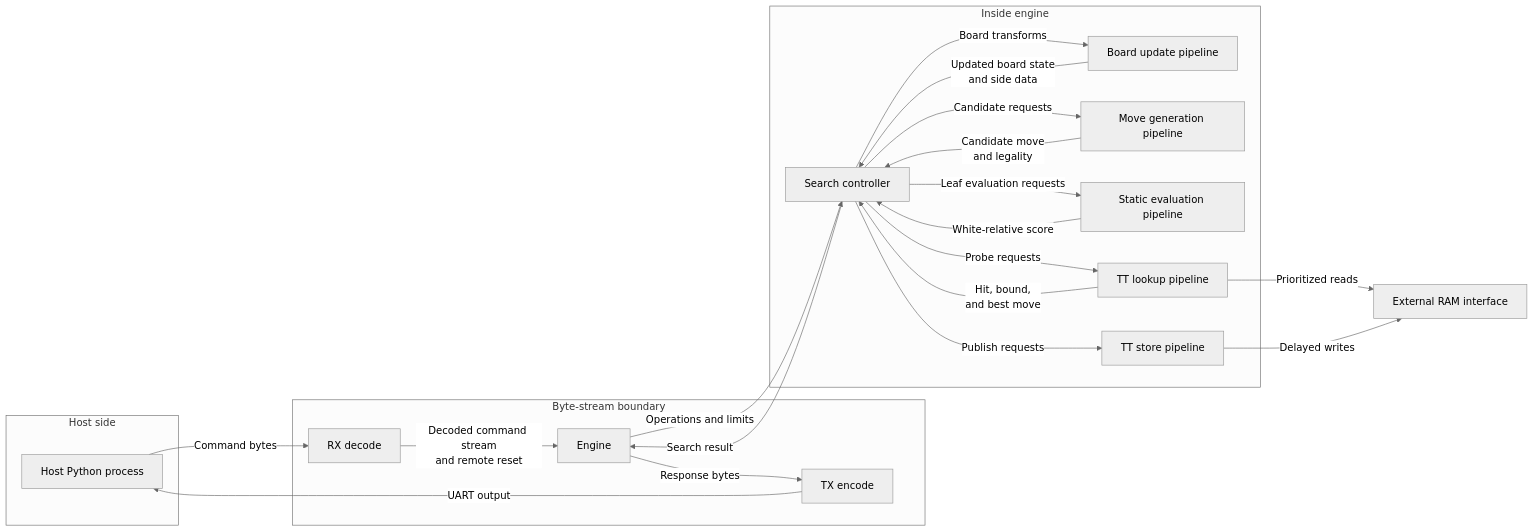
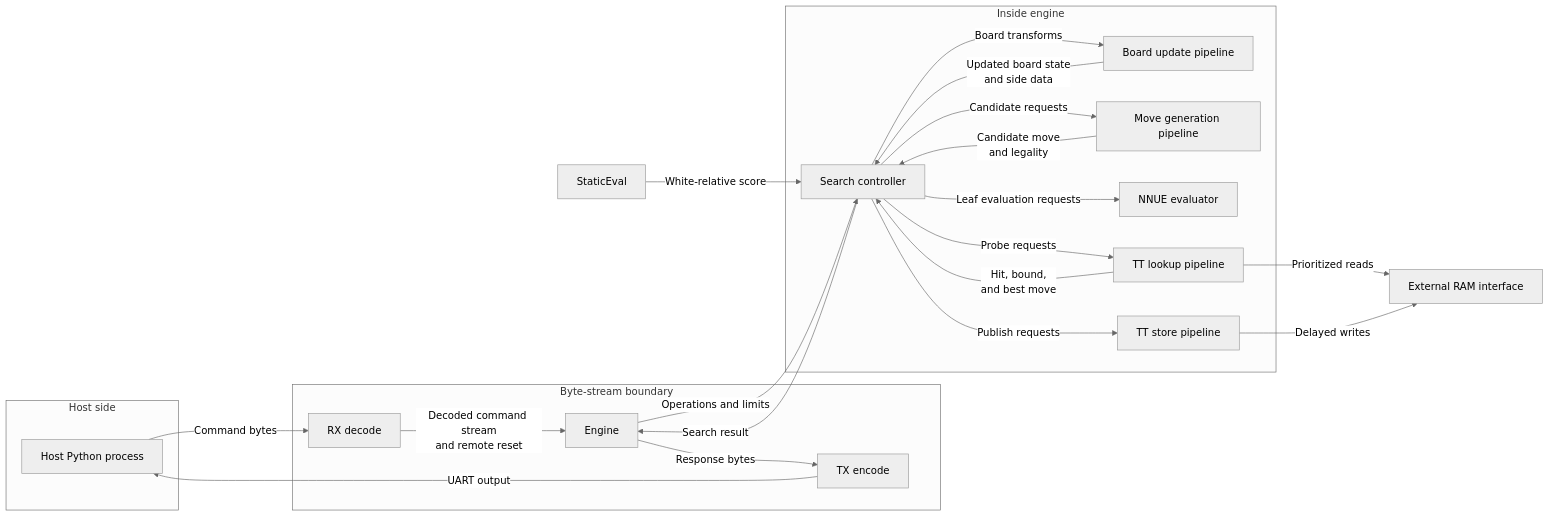
Before and after one commit to 3met/FPGA-Chess: the diagram in docs/architecture/chip-design.md, drawn with Mermaid (neutral theme). The commit also changed other lines of this file and 39 other files, not shown here.

Commit message:
Add minimal NNUE and remove old eval pipeline

````diff
--- a/docs/architecture/chip-design.md
+++ b/docs/architecture/chip-design.md
@@ -28,45 +28,45 @@
 ```mermaid
 flowchart LR
     subgraph HostSide["Host side"]
         Host["Host Python process"]
     end
 
     subgraph IO["Byte-stream boundary"]
         RX["RX decode"]
         Engine["Engine"]
         TX["TX encode"]
     end
 
     subgraph SearchCore["Inside engine"]
         Search["Search controller"]
         BoardUpdate["Board update pipeline"]
         MoveGen["Move generation pipeline"]
-        StaticEval["Static evaluation pipeline"]
+        NnueEval["NNUE evaluator"]
         TTLookup["TT lookup pipeline"]
         TTStore["TT store pipeline"]
     end
 
     RAM["External RAM interface"]
 
     Host -->|"Command bytes"| RX
     RX -->|"Decoded command stream\nand remote reset"| Engine
     Engine -->|"Operations and limits"| Search
 
     Search -->|"Board transforms"| BoardUpdate
     Search -->|"Candidate requests"| MoveGen
-    Search -->|"Leaf evaluation requests"| StaticEval
+    Search -->|"Leaf evaluation requests"| NnueEval
     Search -->|"Probe requests"| TTLookup
     Search -->|"Publish requests"| TTStore
 
     BoardUpdate -->|"Updated board state\nand side data"| Search
     MoveGen -->|"Candidate move\nand legality"| Search
     StaticEval -->|"White-relative score"| Search
     TTLookup -->|"Hit, bound,\nand best move"| Search
 
     TTLookup -->|"Prioritized reads"| RAM
     TTStore -->|"Delayed writes"| RAM
 
     Search -->|"Search result"| Engine
     Engine -->|"Response bytes"| TX
     TX -->|"UART output"| Host
 ```
````
